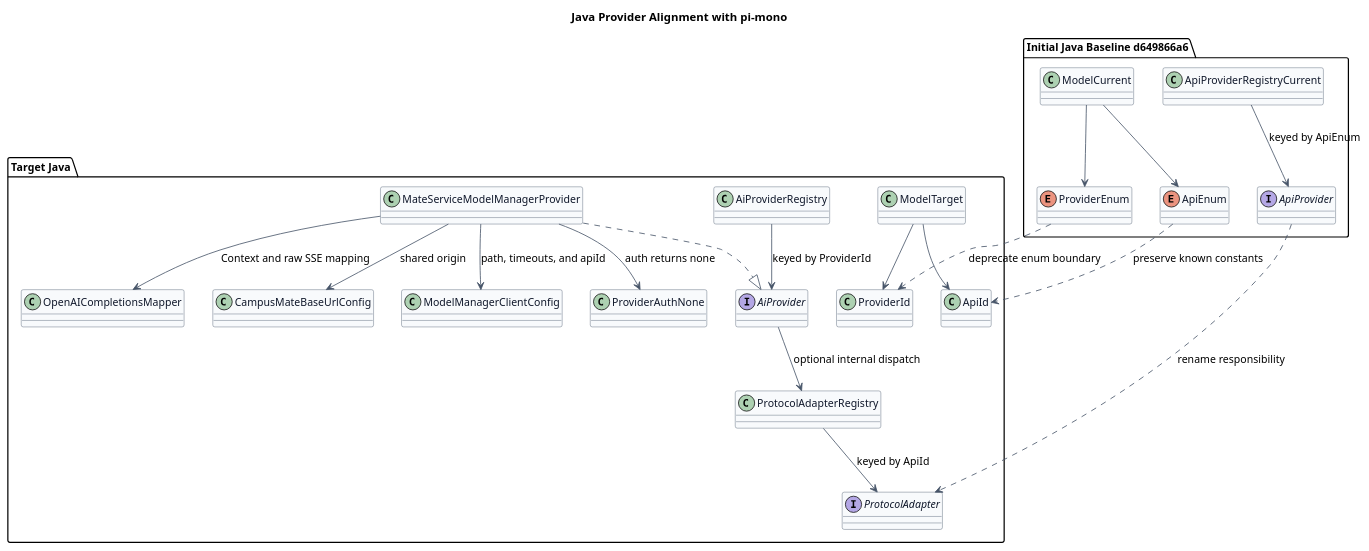
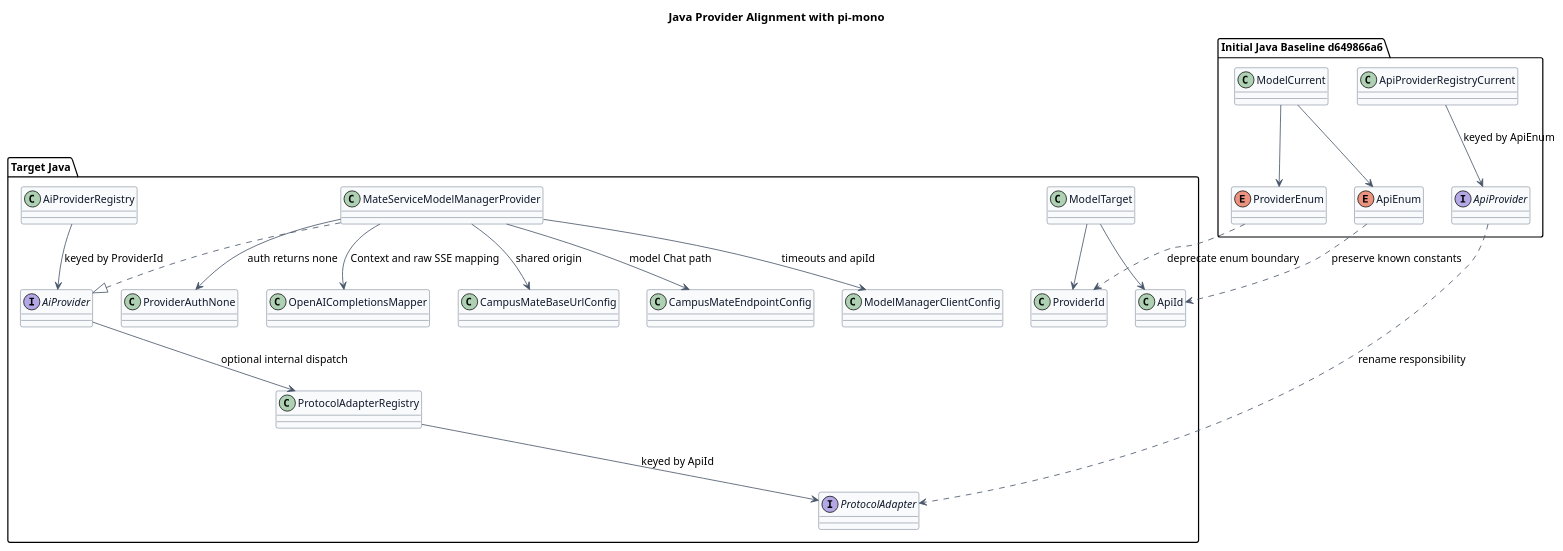
Before and after one commit to ssm0808/pi-mono-java-design: the fourth of 5 diagrams in model-manager-provider-contract/diagram.puml, drawn with PlantUML. The commit also changed other lines of this file and 10 other files, not shown here.

```diff
--- a/model-manager-provider-contract/diagram.puml
+++ b/model-manager-provider-contract/diagram.puml
@@ -226,65 +228,67 @@
 @startuml java_provider_alignment
 title Java Provider Alignment with pi-mono
 
 ' Source evidence:
 ' pi-mono packages/ai/src/models.ts: Provider and Models registry keyed by provider.id
 ' pi-mono packages/ai/src/api/openai-completions.ts: Chat conversion and stream processing
 ' pi-mono-java modules/ai/src/main/java/com/campusclaw/ai/provider/ApiProviderRegistry.java: registry keyed by Api
 ' pi-mono-java modules/ai/src/main/java/com/campusclaw/ai/provider/openai/OpenAICompletionsProvider.java: current Chat mapper
 ' pi-mono-java modules/ai/src/main/java/com/campusclaw/ai/types/Provider.java: closed enum with CUSTOM
 ' pi-mono-java modules/coding-agent-cli/src/main/resources/application.yml:89-140, three CampusMate address keys
 ' Java divergence: the initial d649866a6 baseline models protocol adapters as providers and cannot preserve arbitrary provider identity.
 ' Architecture change: add open ProviderId and ApiId values, resolve AiProvider by providerId, and configure apiId internally.
-' Architecture change: Model Manager, Runtime, and Mate Tool share campusmate.base-url while keeping separate client rules.
+' Architecture change: Model Manager, Runtime, and Tool clients share one campusmate tree and endpoint catalog.
 
 skinparam backgroundColor #FFFFFF
 skinparam shadowing false
 skinparam defaultFontName Arial
 skinparam defaultFontSize 13
 skinparam class {
   BackgroundColor #F8FAFC
   BorderColor #475569
   FontColor #0F172A
   ArrowColor #475569
 }
 
 package "Initial Java Baseline d649866a6" {
   enum ProviderEnum
   enum ApiEnum
   class ModelCurrent
   interface ApiProvider
   class ApiProviderRegistryCurrent
   ModelCurrent --> ProviderEnum
   ModelCurrent --> ApiEnum
   ApiProviderRegistryCurrent --> ApiProvider : keyed by ApiEnum
 }
 
 package "Target Java" {
   class ProviderId
   class ApiId
   class ModelTarget
   interface AiProvider
   class AiProviderRegistry
   interface ProtocolAdapter
   class ProtocolAdapterRegistry
   class ProviderAuthNone
   class MateServiceModelManagerProvider
   class OpenAICompletionsMapper
   class CampusMateBaseUrlConfig
+  class CampusMateEndpointConfig
   class ModelManagerClientConfig
   ModelTarget --> ProviderId
   ModelTarget --> ApiId
   AiProviderRegistry --> AiProvider : keyed by ProviderId
   AiProvider --> ProtocolAdapterRegistry : optional internal dispatch
   ProtocolAdapterRegistry --> ProtocolAdapter : keyed by ApiId
   MateServiceModelManagerProvider ..|> AiProvider
   MateServiceModelManagerProvider --> ProviderAuthNone : auth returns none
   MateServiceModelManagerProvider --> OpenAICompletionsMapper : Context and raw SSE mapping
   MateServiceModelManagerProvider --> CampusMateBaseUrlConfig : shared origin
-  MateServiceModelManagerProvider --> ModelManagerClientConfig : path, timeouts, and apiId
+  MateServiceModelManagerProvider --> CampusMateEndpointConfig : model Chat path
+  MateServiceModelManagerProvider --> ModelManagerClientConfig : timeouts and apiId
 }
 
 ProviderEnum ..> ProviderId : deprecate enum boundary
 ApiEnum ..> ApiId : preserve known constants
 ApiProvider ..> ProtocolAdapter : rename responsibility
 @enduml
```
